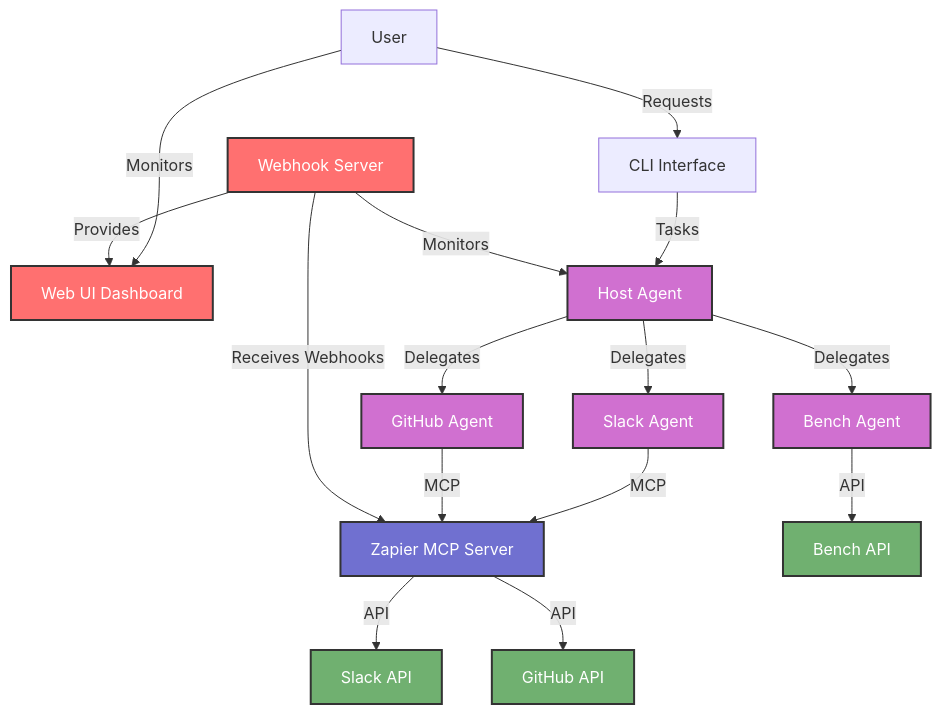
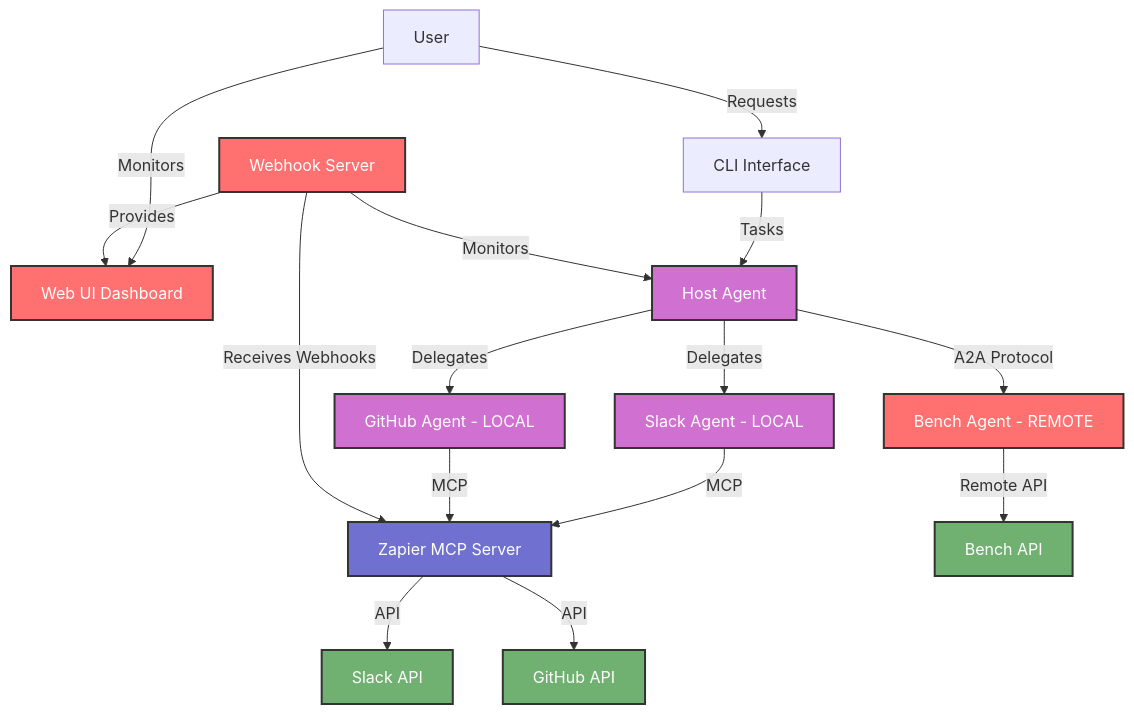
One commit to DamienBench/a2a-mcp-webhook-workshop changed the first of 3 diagrams in README.md. Above: the diagram before and after it, drawn with Mermaid. The commit also changed other lines of this file, not shown here.

````diff
--- a/README.md
+++ b/README.md
@@ -50,30 +53,32 @@
 ```mermaid
 graph TD
     User[User] -->|Requests| CLI[CLI Interface]
     User -->|Monitors| WebUI[Web UI Dashboard]
     CLI -->|Tasks| Host[Host Agent]
-    Host -->|Delegates| SlackAgent[Slack Agent]
-    Host -->|Delegates| GitHubAgent[GitHub Agent]
-    Host -->|Delegates| BenchAgent[Bench Agent]
+    Host -->|Delegates| SlackAgent[Slack Agent - LOCAL]
+    Host -->|Delegates| GitHubAgent[GitHub Agent - LOCAL]
+    Host -->|A2A Protocol| BenchAgent[Bench Agent - REMOTE]
     
     SlackAgent -->|MCP| Zapier[Zapier MCP Server]
     GitHubAgent -->|MCP| Zapier
-    BenchAgent -->|API| BenchAPI[Bench API]
+    BenchAgent -->|Remote API| BenchAPI[Bench API]
     
     Zapier -->|API| SlackAPI[Slack API]
     Zapier -->|API| GitHubAPI[GitHub API]
     
     WebhookServer[Webhook Server] -->|Provides| WebUI
     WebhookServer -->|Monitors| Host
     WebhookServer -->|Receives Webhooks| Zapier
     
-    class Host,SlackAgent,GitHubAgent,BenchAgent agent;
+    class Host,SlackAgent,GitHubAgent local;
+    class BenchAgent remote;
     class Zapier middleware;
     class SlackAPI,GitHubAPI,BenchAPI external;
     class WebhookServer,WebUI monitoring;
     
-    classDef agent fill:#d070d0,stroke:#333,stroke-width:2px,color:#fff;
+    classDef local fill:#d070d0,stroke:#333,stroke-width:2px,color:#fff;
+    classDef remote fill:#ff7070,stroke:#333,stroke-width:2px,color:#fff;
     classDef middleware fill:#7070d0,stroke:#333,stroke-width:2px,color:#fff;
     classDef external fill:#70b070,stroke:#333,stroke-width:2px,color:#fff;
     classDef monitoring fill:#ff7070,stroke:#333,stroke-width:2px,color:#fff;
 ```
````
